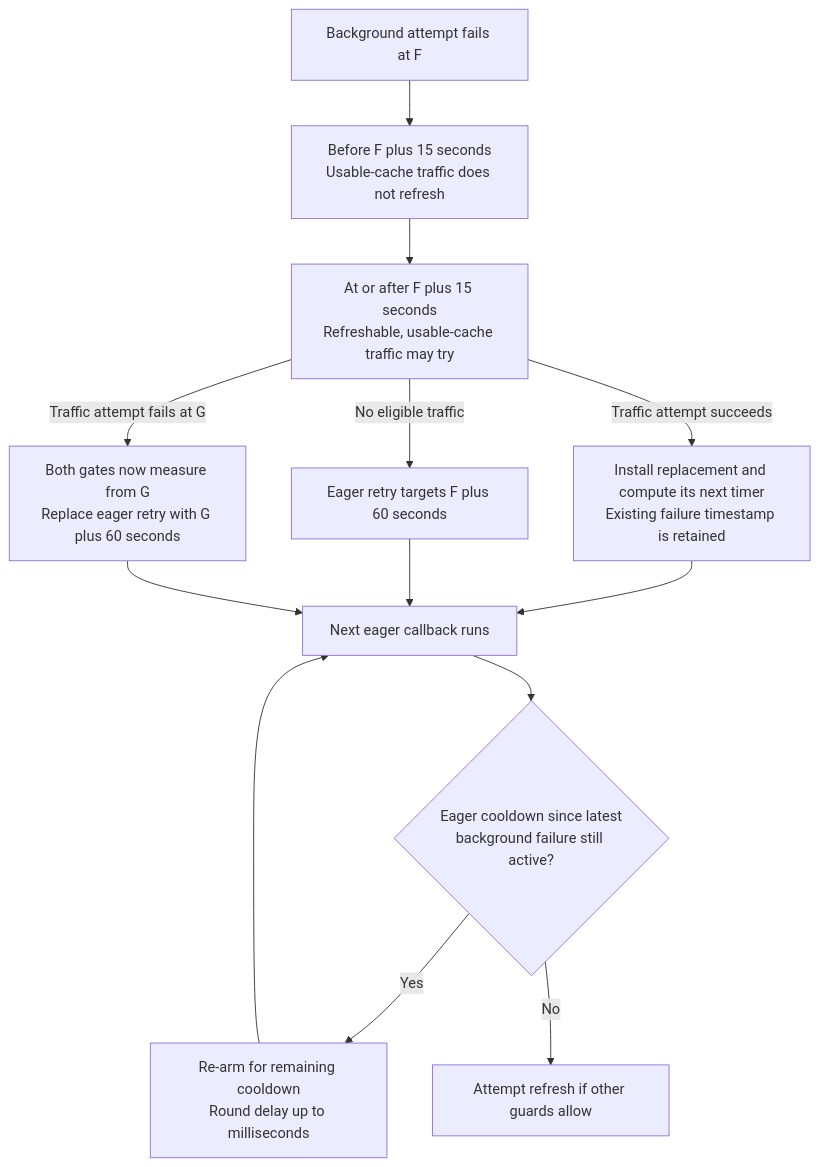
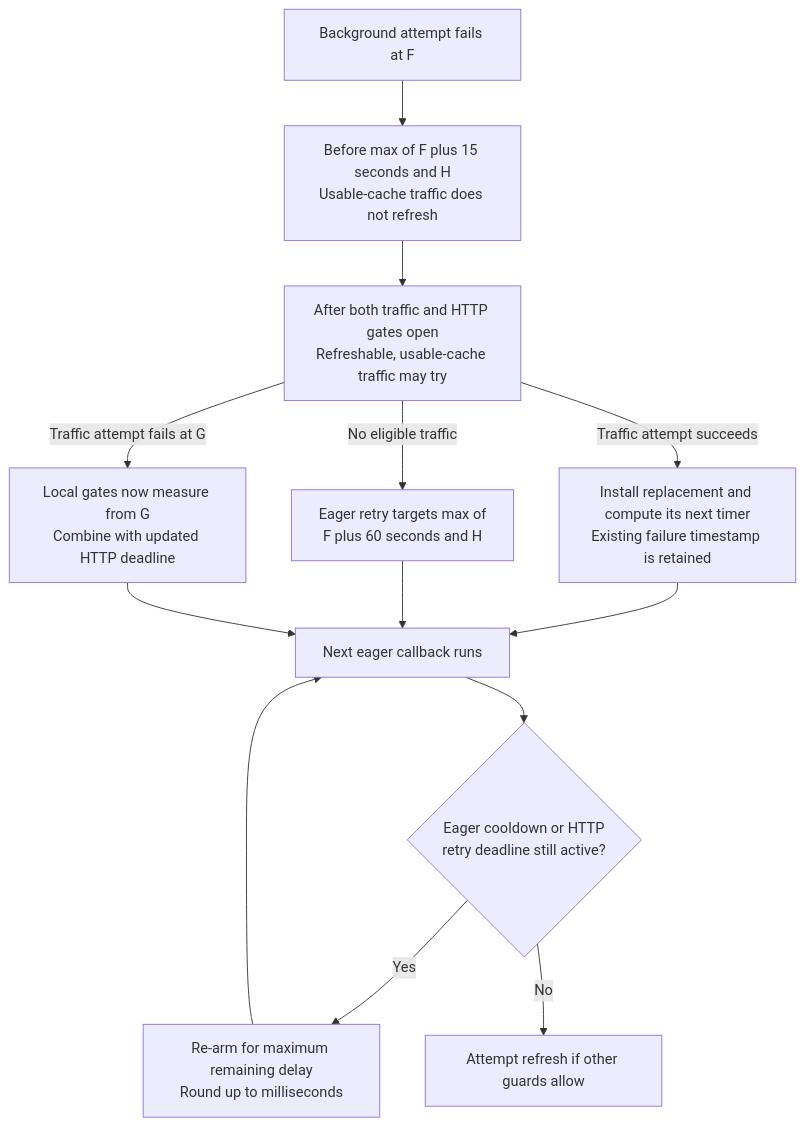
The sixth of 11 diagrams in jwt-client/docs/eager-preemptive-refresh/README.md (entur/jwt-resource-server), drawn with Mermaid before and after one commit. The commit also changed other lines of this file and 39 other files, not shown here.

First line of the commit message:
feat!: honor Retry-After and back off failed token requests

````diff
--- a/jwt-client/docs/eager-preemptive-refresh/README.md
+++ b/jwt-client/docs/eager-preemptive-refresh/README.md
@@ -171,15 +171,15 @@
 ```mermaid
 flowchart TD
-    F["Background attempt fails at F"] --> Early["Before F plus 15 seconds<br/>Usable-cache traffic does not refresh"]
-    Early --> Traffic["At or after F plus 15 seconds<br/>Refreshable, usable-cache traffic may try"]
-    Traffic -->|No eligible traffic| Eager["Eager retry targets F plus 60 seconds"]
-    Traffic -->|Traffic attempt fails at G| Restart["Both gates now measure from G<br/>Replace eager retry with G plus 60 seconds"]
+    F["Background attempt fails at F"] --> Early["Before max of F plus 15 seconds and H<br/>Usable-cache traffic does not refresh"]
+    Early --> Traffic["After both traffic and HTTP gates open<br/>Refreshable, usable-cache traffic may try"]
+    Traffic -->|No eligible traffic| Eager["Eager retry targets max of<br/>F plus 60 seconds and H"]
+    Traffic -->|Traffic attempt fails at G| Restart["Local gates now measure from G<br/>Combine with updated HTTP deadline"]
     Traffic -->|Traffic attempt succeeds| New["Install replacement and compute its next timer<br/>Existing failure timestamp is retained"]
     New --> Callback["Next eager callback runs"]
-    Callback --> Gate{"Eager cooldown since latest<br/>background failure still active?"}
-    Gate -->|Yes| Defer["Re-arm for remaining cooldown<br/>Round delay up to milliseconds"]
+    Callback --> Gate{"Eager cooldown or HTTP<br/>retry deadline still active?"}
+    Gate -->|Yes| Defer["Re-arm for maximum remaining delay<br/>Round up to milliseconds"]
     Gate -->|No| Attempt["Attempt refresh if other guards allow"]
     Defer --> Callback
     Eager --> Callback
     Restart --> Callback
 ```
````
